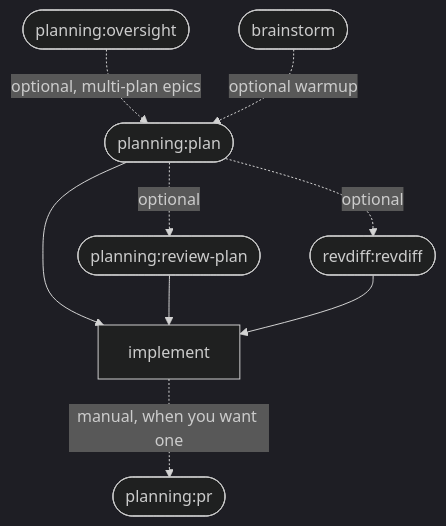
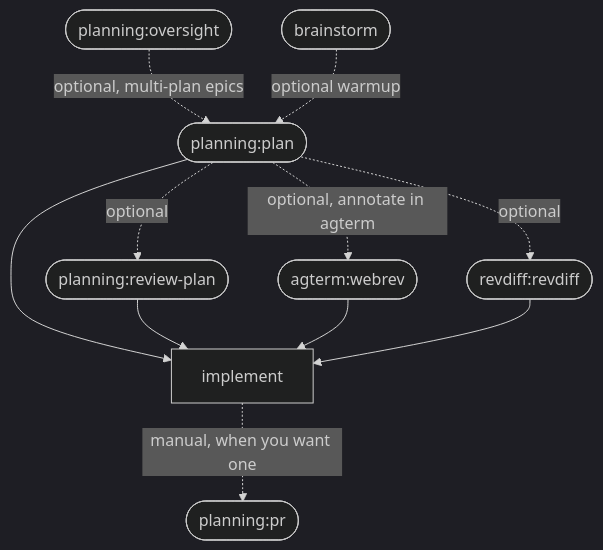
The diagram in README.md (parMaster/claude-dlc), drawn with Mermaid (dark theme) before and after one commit. The commit also changed other lines of this file and 20 other files, not shown here.

First line of the commit message:
feat(agterm): webrev replaces glow for markdown, bump to 2.0.0

````diff
--- a/README.md
+++ b/README.md
@@ -28,19 +28,22 @@
 ```mermaid
 flowchart TD
     OV(["planning:oversight"])
     BS(["brainstorm"])
     PL(["planning:plan"])
     RP(["planning:review-plan"])
+    WR(["agterm:webrev"])
     RD(["revdiff:revdiff"])
     IM["implement"]
     DPR(["planning:pr"])
 
     OV -.->|optional, multi-plan epics| PL
     BS -.->|optional warmup| PL
     PL -.->|optional| RP
+    PL -.->|optional, annotate in agterm| WR
     PL -.->|optional| RD
     PL --> IM
     RP --> IM
+    WR --> IM
     RD --> IM
     IM -.->|manual, when you want one| DPR
 ```
````
